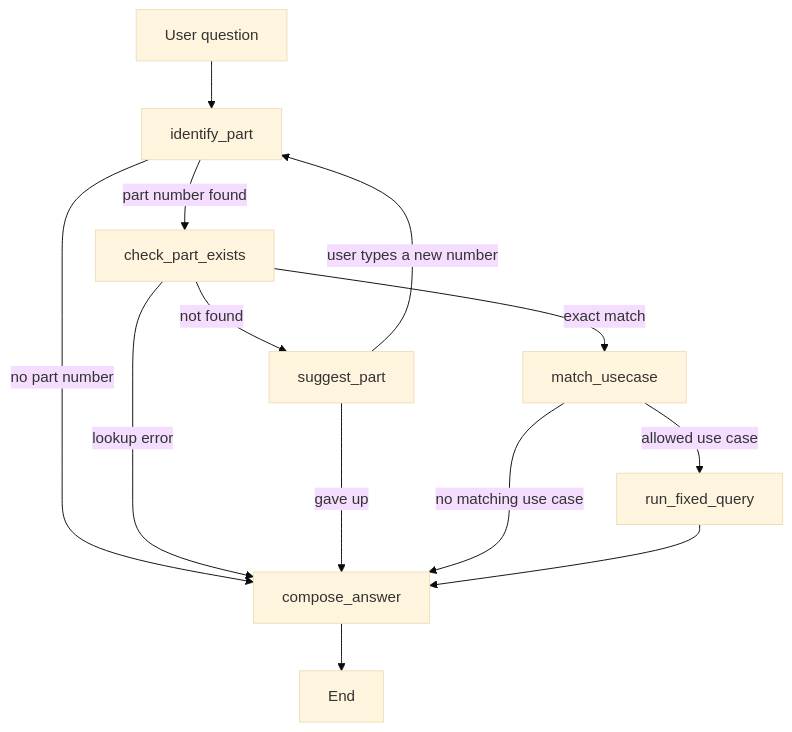
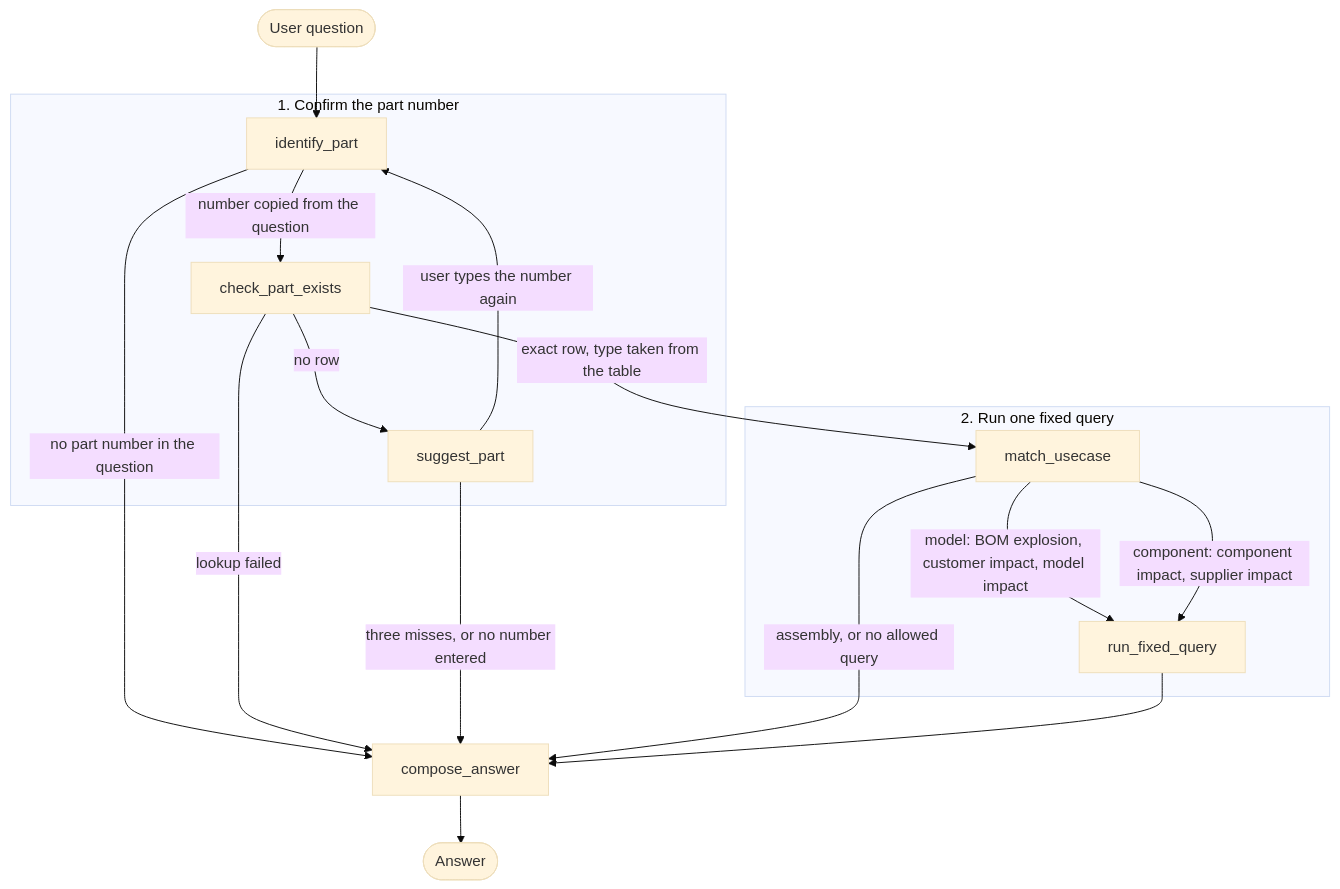
One commit to Paul1231231/databricks_agent changed the diagram in README.md. Above: the diagram before and after it, drawn with Mermaid (base theme). The commit also changed other lines of this file and 2 other files, not shown here.

Commit message:
Document the agent graph and run routing tests on pull requests and main.

````diff
--- a/README.md
+++ b/README.md
@@ -7,15 +49,28 @@
 ```mermaid
 flowchart TD
-    startNode[User question] --> identify[identify_part]
-    identify -->|part number found| check[check_part_exists]
-    identify -->|no part number| answer[compose_answer]
-    check -->|exact match| match[match_usecase]
-    check -->|not found| suggest[suggest_part]
-    check -->|lookup error| answer
-    suggest -->|user types a new number| identify
-    suggest -->|gave up| answer
-    match -->|allowed use case| query[run_fixed_query]
-    match -->|no matching use case| answer
+    question([User question]) --> identify
+
+    subgraph confirmPart [1. Confirm the part number]
+        identify[identify_part]
+        check[check_part_exists]
+        suggest[suggest_part]
+    end
+
+    subgraph fixedQuery [2. Run one fixed query]
+        match[match_usecase]
+        query[run_fixed_query]
+    end
+
+    identify -->|number copied from the question| check
+    identify -->|no part number in the question| answer[compose_answer]
+    check -->|exact row, type taken from the table| match
+    check -->|no row| suggest
+    check -->|lookup failed| answer
+    suggest -->|user types the number again| identify
+    suggest -->|three misses, or no number entered| answer
+    match -->|model: BOM explosion, customer impact, model impact| query
+    match -->|component: component impact, supplier impact| query
+    match -->|assembly, or no allowed query| answer
     query --> answer
-    answer --> finishNode[End]
+    answer --> done([Answer])
 ```
````
